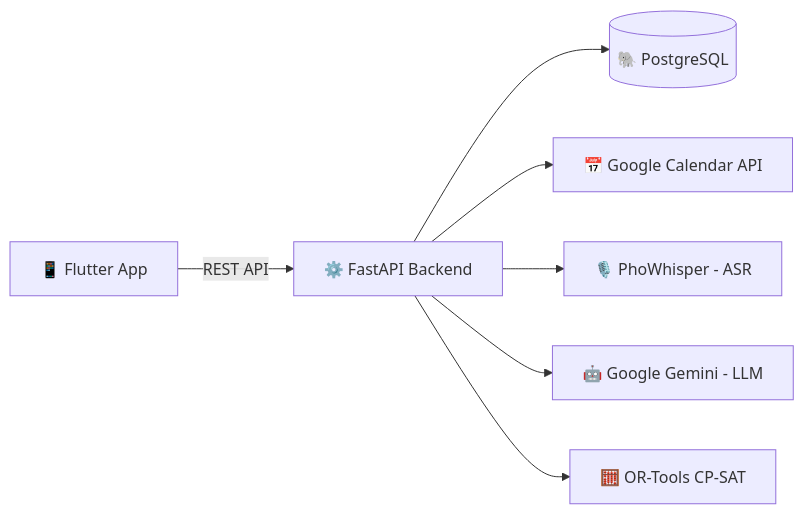
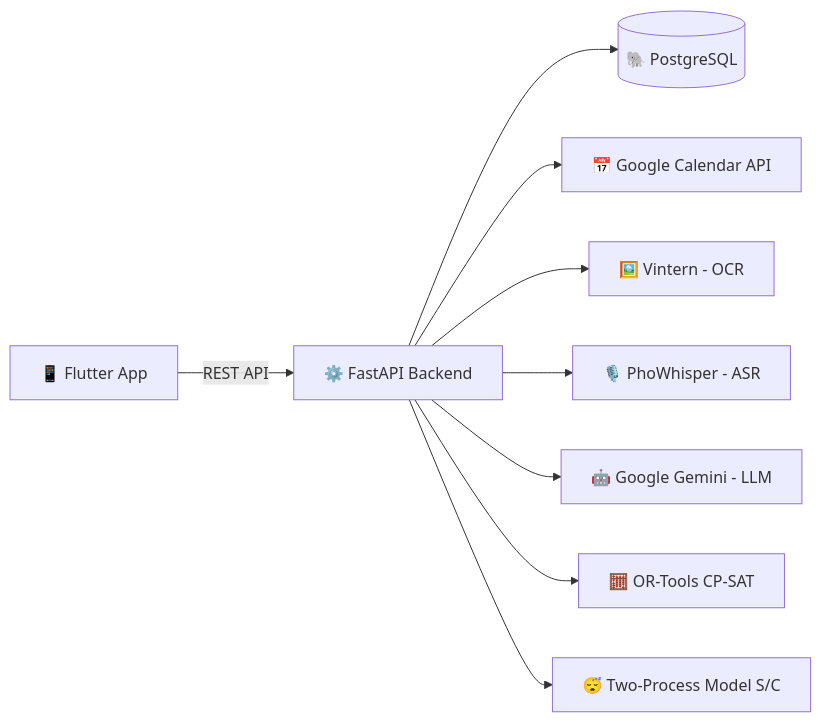
The diagram in README.md (Znoywho/Recolly), drawn with Mermaid before and after one commit. The commit also changed other lines of this file, not shown here.

````diff
--- a/README.md
+++ b/README.md
@@ -106,9 +88,11 @@
 ```mermaid
 flowchart LR
     A[📱 Flutter App] -->|REST API| B[⚙️ FastAPI Backend]
     B --> C[(🐘 PostgreSQL)]
     B --> D[📅 Google Calendar API]
-    B --> E[🎙️ PhoWhisper - ASR]
-    B --> F[🤖 Google Gemini - LLM]
-    B --> G[🧮 OR-Tools CP-SAT]
+    B --> E[🖼️ Vintern - OCR]
+    B --> F[🎙️ PhoWhisper - ASR]
+    B --> G[🤖 Google Gemini - LLM]
+    B --> H[🧮 OR-Tools CP-SAT]
+    B --> I[😴 Two-Process Model S/C]
 ```
````
